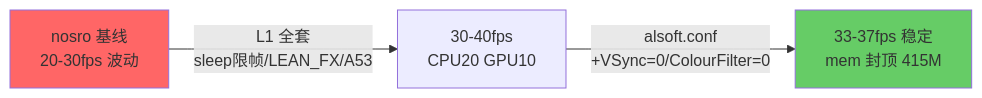
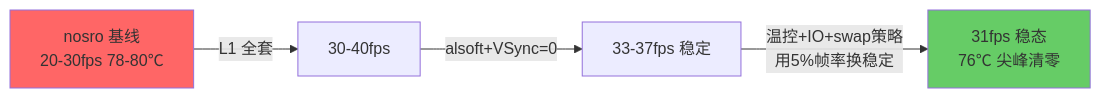
One commit to FASTSHIFT/re3-sdl changed the first of 5 diagrams in docs/03-性能优化首战复盘-2026-09-27.md. Above: the diagram before and after it, drawn with Mermaid. The commit also changed other lines of this file, not shown here.

````diff
--- a/docs/03-性能优化首战复盘-2026-09-27.md
+++ b/docs/03-性能优化首战复盘-2026-09-27.md
@@ -18,7 +19,8 @@
 ```mermaid
 graph LR
-    A["nosro 基线<br/>20-30fps 波动"] -->|"L1 全套<br/>sleep限帧/LEAN_FX/A53"| B["30-40fps<br/>CPU20 GPU10"]
-    B -->|"alsoft.conf<br/>+VSync=0/ColourFilter=0"| C["33-37fps 稳定<br/>mem 封顶 415M"]
+    A["nosro 基线<br/>20-30fps 78-80℃"] -->|"L1 全套"| B["30-40fps"]
+    B -->|"alsoft+VSync=0"| C["33-37fps 稳定"]
+    C -->|"温控+IO+swap策略<br/>用5%帧率换稳定"| D["31fps 稳态<br/>76℃ 尖峰清零"]
     style A fill:#f66
-    style C fill:#6c6
+    style D fill:#6c6
 ```
````
